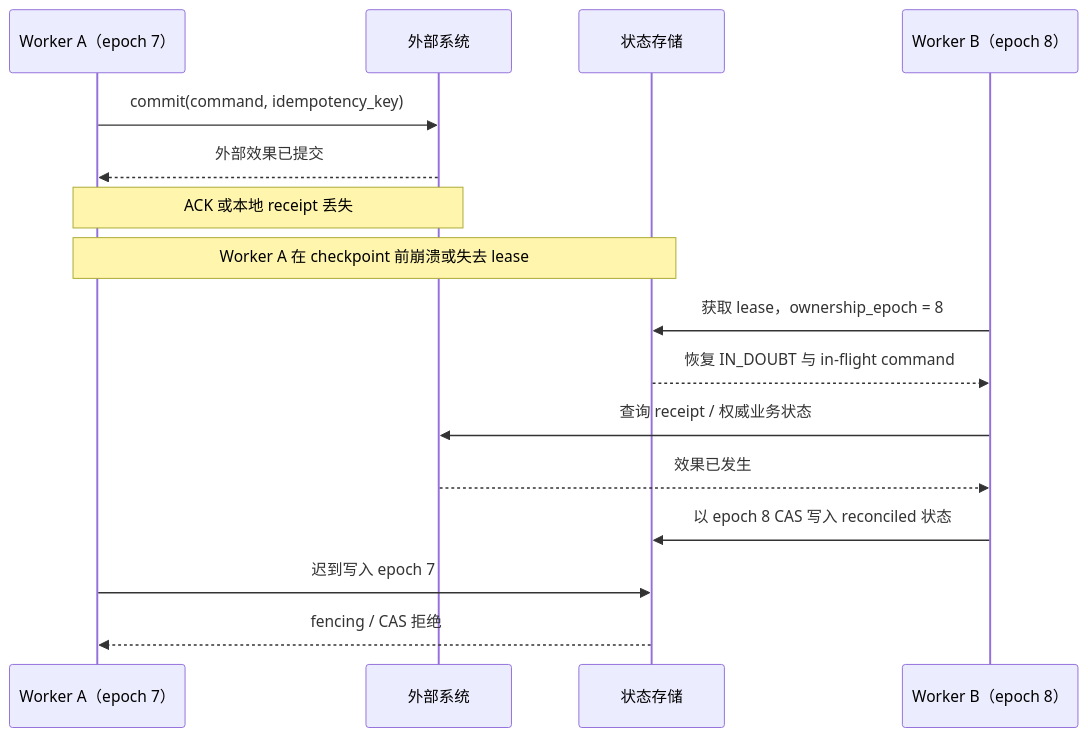
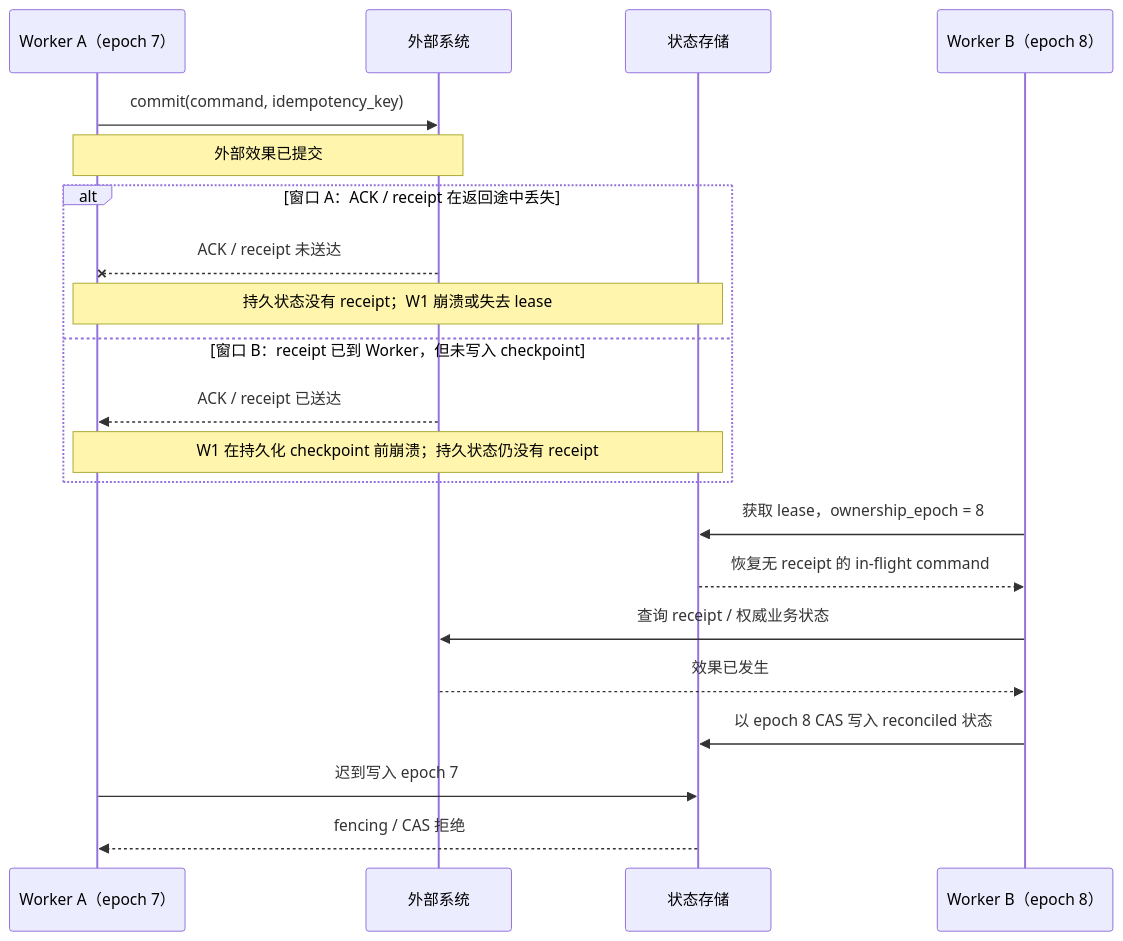
The diagram in site/08-可靠性与可观测/03-持久执行-Checkpoint与Exactly-Once.md (whatthehan/masterpiece-static-docs), drawn with Mermaid before and after one commit. The commit also changed 95 other files, not shown here.

````diff
--- a/site/08-可靠性与可观测/03-持久执行-Checkpoint与Exactly-Once.md
+++ b/site/08-可靠性与可观测/03-持久执行-Checkpoint与Exactly-Once.md
@@ -80,18 +80,23 @@
 ```mermaid
 sequenceDiagram
   participant W1 as Worker A（epoch 7）
   participant X as 外部系统
   participant S as 状态存储
   participant W2 as Worker B（epoch 8）
   W1->>X: commit(command, idempotency_key)
-  X-->>W1: 外部效果已提交
-  Note over W1,X: ACK 或本地 receipt 丢失
-  Note over W1,S: Worker A 在 checkpoint 前崩溃或失去 lease
+  Note over W1,X: 外部效果已提交
+  alt 窗口 A：ACK / receipt 在返回途中丢失
+    X--xW1: ACK / receipt 未送达
+    Note over W1,S: 持久状态没有 receipt；W1 崩溃或失去 lease
+  else 窗口 B：receipt 已到 Worker，但未写入 checkpoint
+    X-->>W1: ACK / receipt 已送达
+    Note over W1,S: W1 在持久化 checkpoint 前崩溃；持久状态仍没有 receipt
+  end
   W2->>S: 获取 lease，ownership_epoch = 8
-  S-->>W2: 恢复 IN_DOUBT 与 in-flight command
+  S-->>W2: 恢复无 receipt 的 in-flight command
   W2->>X: 查询 receipt / 权威业务状态
   X-->>W2: 效果已发生
   W2->>S: 以 epoch 8 CAS 写入 reconciled 状态
   W1->>S: 迟到写入 epoch 7
   S-->>W1: fencing / CAS 拒绝
 ```
````
